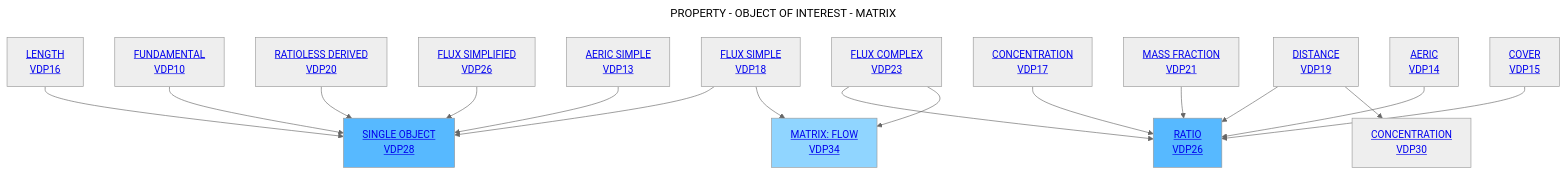
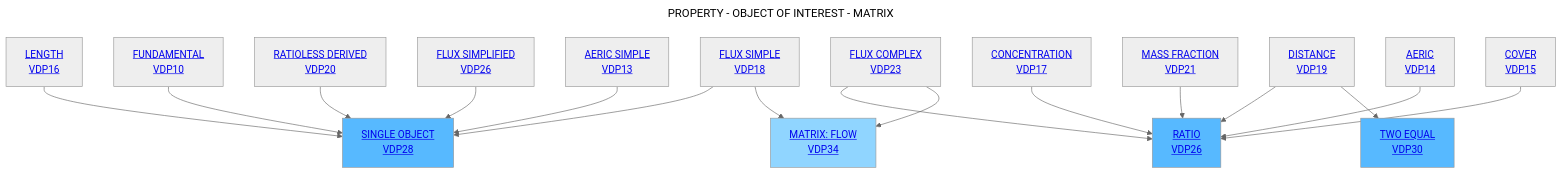
Before and after one commit to mabablue/I-ADOPT-patterns-playground: the diagram in Decisition_trees/DT6.mmd, drawn with Mermaid (neutral theme).

```diff
--- a/Decisition_trees/DT6.mmd
+++ b/Decisition_trees/DT6.mmd
@@ -1,22 +1,22 @@
 ---
 title: PROPERTY - OBJECT OF INTEREST - MATRIX
 ---
 flowchart TD
     A[<a href='https://github.com/mabablue/I-ADOPT-patterns-playground/blob/main/pattern/VDP16.yaml'>LENGTH <br> VDP16</a>] --> C[<a href='https://github.com/mabablue/I-ADOPT-patterns-playground/blob/main/pattern/VDP28.yaml'>SINGLE OBJECT <br> VDP28</a>]:::satblue
     B[<a href='https://github.com/mabablue/I-ADOPT-patterns-playground/blob/main/pattern/VDP10.yaml'>FUNDAMENTAL <br> VDP10</a>]  --> C
     D[<a href='https://github.com/mabablue/I-ADOPT-patterns-playground/blob/main/pattern/VDP20.yaml'>RATIOLESS DERIVED <br> VDP20</a>] --> C
     E[<a href='https://github.com/mabablue/I-ADOPT-patterns-playground/blob/main/pattern/VDP20.yaml'>FLUX SIMPLIFIED <br> VDP26</a>] --> C
     H[<a href='https://github.com/mabablue/I-ADOPT-patterns-playground/blob/main/pattern/VDP13.yaml'>AERIC SIMPLE <br> VDP13</a>] --> C
     I[<a href='https://github.com/mabablue/I-ADOPT-patterns-playground/blob/main/pattern/VDP23.yaml'>FLUX COMPLEX <br> VDP23</a>] --> F  
     G[<a href='https://github.com/mabablue/I-ADOPT-patterns-playground/blob/main/pattern/VDP23.yaml'>DISTANCE <br> VDP19</a>] --> F 
-    G --> R[<a href='https://github.com/mabablue/I-ADOPT-patterns-playground/blob/main/pattern/VDP30.yaml'>CONCENTRATION <br> VDP30</a>]
+    G --> R[<a href='https://github.com/mabablue/I-ADOPT-patterns-playground/blob/main/pattern/VDP30.yaml'>TWO EQUAL <br> VDP30</a>]:::satblue
     M[<a href='https://github.com/mabablue/I-ADOPT-patterns-playground/blob/main/pattern/VDP17.yaml'>CONCENTRATION <br> VDP17</a>] --> F
     L[<a href='https://github.com/mabablue/I-ADOPT-patterns-playground/blob/main/pattern/VDP21.yaml'>MASS FRACTION <br> VDP21</a>] --> F[<a href='https://github.com/mabablue/I-ADOPT-patterns-playground/blob/main/pattern/VDP26.yaml'>RATIO <br> VDP26</a>]:::satblue
     Q[<a href='https://github.com/mabablue/I-ADOPT-patterns-playground/blob/main/pattern/VDP18.yaml'>FLUX SIMPLE <br> VDP18</a>] --> C
     O[<a href='https://github.com/mabablue/I-ADOPT-patterns-playground/blob/main/pattern/VDP14.yaml'>AERIC <br> VDP14</a>] --> F
     P[<a href='https://github.com/mabablue/I-ADOPT-patterns-playground/blob/main/pattern/VDP15.yaml'>COVER <br> VDP15</a>] --> F
     Q --> K[<a href='https://github.com/mabablue/I-ADOPT-patterns-playground/blob/main/pattern/VDP34.yaml'>MATRIX: FLOW <br> VDP34</a>]:::blue
     I --> K
 
    classDef blue fill:#90D5FF
    classDef satblue fill:#57B9FF
```
